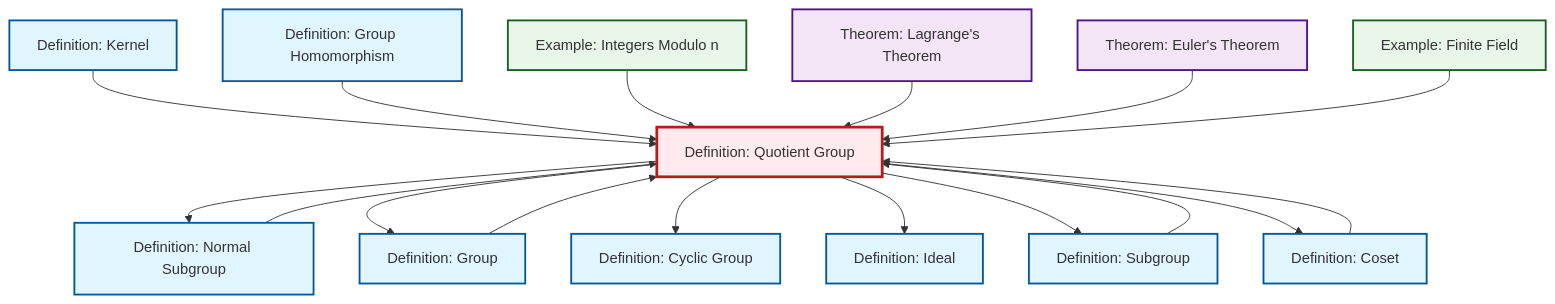
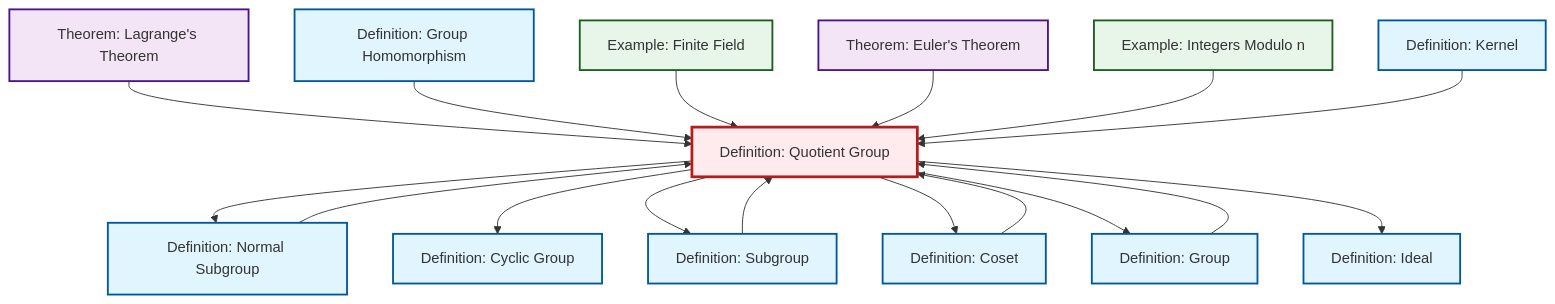
One commit to RK0429/ModernMath changed the diagram in content/en/algebra/def-quotient-group.qmd. Above: the diagram before and after it, drawn with Mermaid. The commit also changed other lines of this file and 434 other files, not shown here.

````diff
--- a/content/en/algebra/def-quotient-group.qmd
+++ b/content/en/algebra/def-quotient-group.qmd
@@ -141,51 +141,51 @@
 ```{mermaid}
 %%| fig-cap: "Local dependency graph"
 graph TD
     classDef definition fill:#e1f5fe,stroke:#01579b,stroke-width:2px
     classDef theorem fill:#f3e5f5,stroke:#4a148c,stroke-width:2px
     classDef axiom fill:#fff3e0,stroke:#e65100,stroke-width:2px
     classDef example fill:#e8f5e9,stroke:#1b5e20,stroke-width:2px
     classDef current fill:#ffebee,stroke:#b71c1c,stroke-width:3px
+    ex-finite-field["Example: Finite Field"]:::example
+    ex-quotient-integers-mod-n["Example: Integers Modulo n"]:::example
+    def-coset["Definition: Coset"]:::definition
+    def-group["Definition: Group"]:::definition
+    def-homomorphism["Definition: Group Homomorphism"]:::definition
     def-kernel["Definition: Kernel"]:::definition
-    ex-finite-field["Example: Finite Field"]:::example
+    def-normal-subgroup["Definition: Normal Subgroup"]:::definition
+    def-quotient-group["Definition: Quotient Group"]:::definition
+    thm-lagrange["Theorem: Lagrange's Theorem"]:::theorem
     def-cyclic-group["Definition: Cyclic Group"]:::definition
-    thm-euler["Theorem: Euler's Theorem"]:::theorem
-    def-coset["Definition: Coset"]:::definition
-    def-homomorphism["Definition: Group Homomorphism"]:::definition
-    def-normal-subgroup["Definition: Normal Subgroup"]:::definition
-    ex-quotient-integers-mod-n["Example: Integers Modulo n"]:::example
-    def-quotient-group["Definition: Quotient Group"]:::definition
     def-ideal["Definition: Ideal"]:::definition
     def-subgroup["Definition: Subgroup"]:::definition
-    def-group["Definition: Group"]:::definition
-    thm-lagrange["Theorem: Lagrange's Theorem"]:::theorem
-    def-kernel --> def-quotient-group
+    thm-euler["Theorem: Euler's Theorem"]:::theorem
+    thm-lagrange --> def-quotient-group
+    def-homomorphism --> def-quotient-group
     def-quotient-group --> def-normal-subgroup
-    def-quotient-group --> def-group
+    def-quotient-group --> def-cyclic-group
+    ex-finite-field --> def-quotient-group
+    thm-euler --> def-quotient-group
+    def-normal-subgroup --> def-quotient-group
     def-coset --> def-quotient-group
-    def-quotient-group --> def-cyclic-group
-    def-group --> def-quotient-group
-    def-quotient-group --> def-ideal
     def-quotient-group --> def-subgroup
-    def-homomorphism --> def-quotient-group
     ex-quotient-integers-mod-n --> def-quotient-group
     def-subgroup --> def-quotient-group
-    thm-lagrange --> def-quotient-group
     def-quotient-group --> def-coset
-    def-normal-subgroup --> def-quotient-group
-    thm-euler --> def-quotient-group
-    ex-finite-field --> def-quotient-group
+    def-group --> def-quotient-group
+    def-kernel --> def-quotient-group
+    def-quotient-group --> def-group
+    def-quotient-group --> def-ideal
     class def-quotient-group current
+    click ex-finite-field "ex-finite-field.html" "Go to Finite Field example"
+    click ex-quotient-integers-mod-n "ex-quotient-integers-mod-n.html" "Go to Integers Modulo n example"
+    click def-coset "def-coset.html" "Go to Coset definition"
+    click def-group "def-group.html" "Go to Group definition"
+    click def-homomorphism "def-homomorphism.html" "Go to Group Homomorphism definition"
     click def-kernel "def-kernel.html" "Go to Kernel definition"
-    click ex-finite-field "ex-finite-field.html" "Go to Finite Field example"
+    click def-normal-subgroup "def-normal-subgroup.html" "Go to Normal Subgroup definition"
+    click thm-lagrange "thm-lagrange.html" "Go to Lagrange's Theorem theorem"
     click def-cyclic-group "def-cyclic-group.html" "Go to Cyclic Group definition"
-    click thm-euler "thm-euler.html" "Go to Euler's Theorem theorem"
-    click def-coset "def-coset.html" "Go to Coset definition"
-    click def-homomorphism "def-homomorphism.html" "Go to Group Homomorphism definition"
-    click def-normal-subgroup "def-normal-subgroup.html" "Go to Normal Subgroup definition"
-    click ex-quotient-integers-mod-n "ex-quotient-integers-mod-n.html" "Go to Integers Modulo n example"
     click def-ideal "def-ideal.html" "Go to Ideal definition"
     click def-subgroup "def-subgroup.html" "Go to Subgroup definition"
-    click def-group "def-group.html" "Go to Group definition"
-    click thm-lagrange "thm-lagrange.html" "Go to Lagrange's Theorem theorem"
+    click thm-euler "thm-euler.html" "Go to Euler's Theorem theorem"
 ```
````
